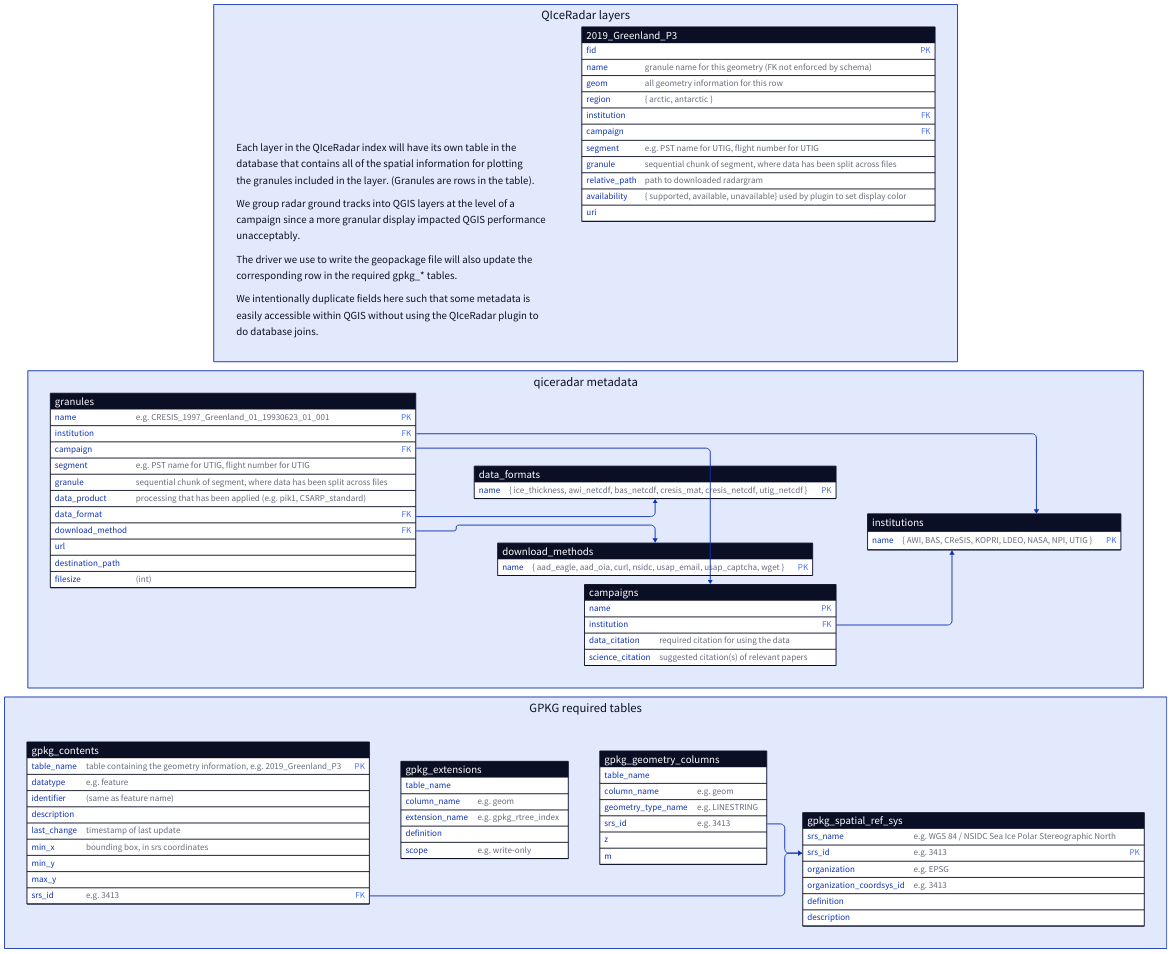
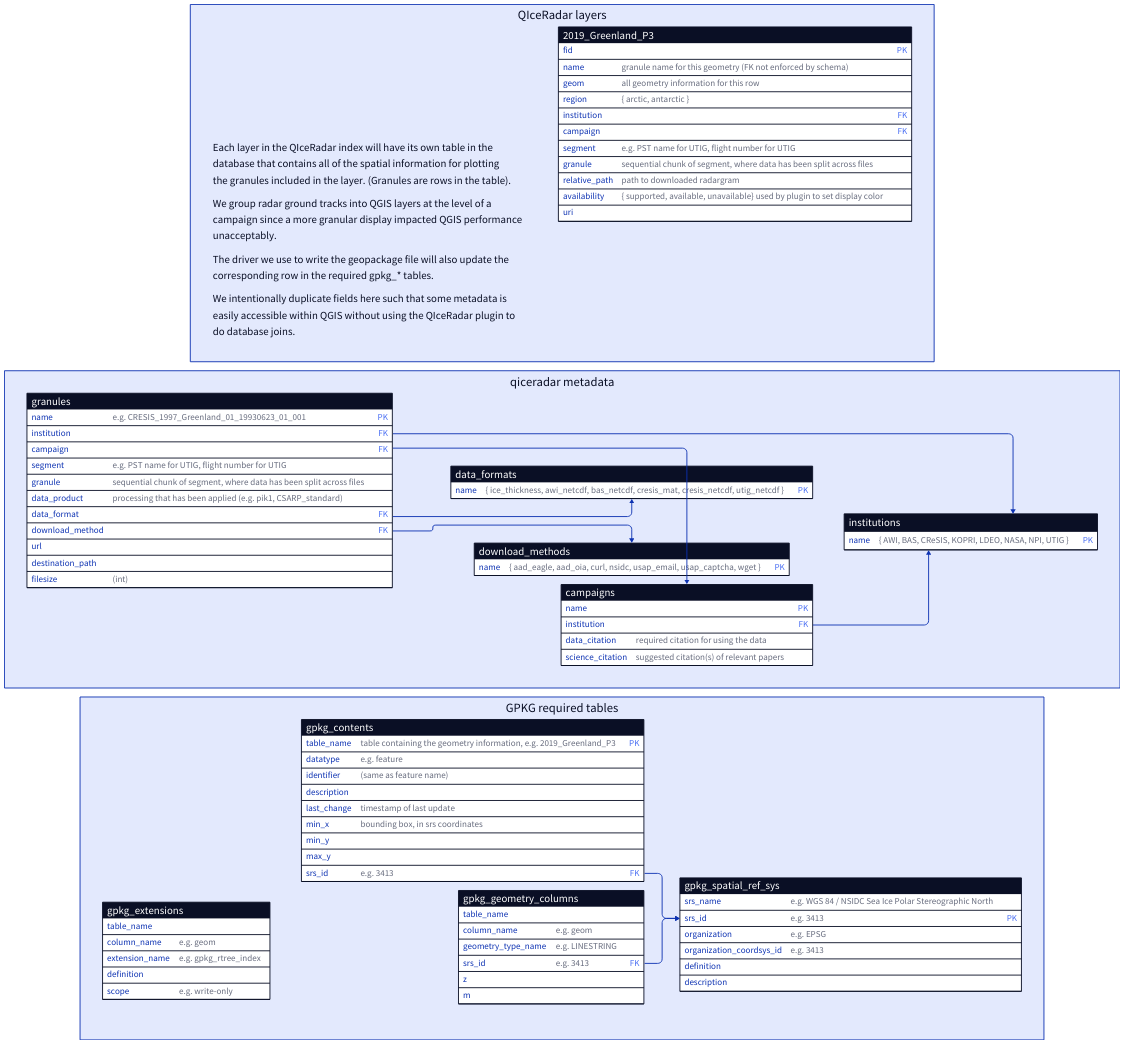
The diagram in docs/d2/schema.d2 (qiceradar/radar_wrangler), drawn with D2 before and after one commit. The commit also changed 1 other file, not shown here.

Commit message:
First draft of dataflow diagram

```diff
--- a/docs/d2/schema.d2
+++ b/docs/d2/schema.d2
@@ -1,146 +1,146 @@
 vars: {
   d2-config: {
     layout-engine: elk
   }
 }
 
 # The granule dependencies look better with "right" on default engine
 direction: right
 
 QIceRadar layers: {
   comments: {
     shape: text
     width: 100
     style.font-size: 24
 
     label: |md
       Each layer in the QIceRadar index will have its own table in the \
       database that contains all of the spatial information for plotting \
       the granules included in the layer. (Granules are rows in the table).
 
       We group radar ground tracks into QGIS layers at the level of a \
       campaign since a more granular display impacted QGIS performance \
       unacceptably.
 
       The driver we use to write the geopackage file will also update the \
       corresponding row in the required gpkg_* tables.
 
       We intentionally duplicate fields here such that some metadata is \
       easily accessible within QGIS without using the QIceRadar plugin to \
       do database joins.
     |
   }
 
   2019_Greenland_P3: {
     shape: sql_table
     fid: {constraint: primary_key}
     name: granule name for this geometry (FK not enforced by schema)
     geom: all geometry information for this row
     region: \{ arctic, antarctic \}
     institution: {constraint: foreign_key}
     campaign: {constraint: foreign_key}
     segment: e.g. PST name for UTIG, flight number for UTIG
     granule: sequential chunk of segment, where data has been split across files
     relative_path: path to downloaded radargram
     availability: \{ supported, available, unavailable\} used by plugin to set display color
     uri
   }
 
   # Force horizontal layout within container
   comments -- 2019_Greenland_P3: {style: {stroke-width: 0}}
 }
 
 qiceradar metadata: {
   data_formats: {
     shape: sql_table
     name: \{ ice_thickness, awi_netcdf, bas_netcdf, cresis_mat, cresis_netcdf, utig_netcdf \} {constraint: primary_key}
   }
 
   download_methods: {
     shape: sql_table
     name: \{ aad_eagle, aad_oia, curl, nsidc, usap_email, usap_captcha, wget \} {constraint: primary_key}
   }
 
   institutions: {
     shape: sql_table
     name: \{ AWI, BAS, CReSIS, KOPRI, LDEO, NASA, NPI, UTIG \} {constraint: primary_key}
   }
 
   campaigns: {
     shape: sql_table
     name: {constraint: primary_key}
     institution: {constraint: foreign_key}
     data_citation: required citation for using the data
     science_citation: suggested citation(s) of relevant papers
   }
   campaigns.institution -> institutions
 
   granules: {
     shape: sql_table
     name: e.g. CRESIS_1997_Greenland_01_19930623_01_001 {constraint: primary_key}
     institution: {constraint: foreign_key}
     campaign: {constraint: foreign_key}
     segment: e.g. PST name for UTIG, flight number for UTIG
     granule: sequential chunk of segment, where data has been split across files
     data_product: processing that has been applied (e.g. pik1, CSARP_standard)
     data_format: {constraint: foreign_key}
     download_method: {constraint: foreign_key}
     url
     destination_path
     filesize: (int)
   }
   granules.institution -> institutions
   granules.campaign -> campaigns
   granules.data_format -> data_formats
   granules.download_method -> download_methods
 }
 
 GPKG required tables: {
   gpkg_contents: {
     shape: sql_table
     table_name: table containing the geometry information, e.g. 2019_Greenland_P3 {constraint: primary_key}
     datatype: e.g. feature
     identifier: (same as feature name)
     description
     last_change: timestamp of last update
     min_x: bounding box, in srs coordinates
     min_y
     max_y
     max_y
     srs_id: e.g. 3413 {constraint: foreign_key}
   }
 
   gpkg_spatial_ref_sys: {
     shape: sql_table
     srs_name: e.g. WGS 84 / NSIDC Sea Ice Polar Stereographic North
     srs_id: e.g. 3413 {constraint: primary_key}
     organization: e.g. EPSG
     organization_coordsys_id: e.g. 3413
     definition
     description
   }
 
   gpkg_geometry_columns: {
     shape: sql_table
     table_name
     column_name: e.g. geom
     geometry_type_name: e.g. LINESTRING
-    srs_id: e.g. 3413
+    srs_id: e.g. 3413 {constraint: foreign_key}
     z
     m
   }
 
   gpkg_extensions: {
     shape: sql_table
     table_name
     column_name: e.g. geom
     extension_name: e.g. gpkg_rtree_index
     definition
     scope: e.g. write-only
   }
 
-  gpkg_contents -- gpkg_extensions: {style: {stroke-width: 0}}
+  #   gpkg_contents -- gpkg_extensions: {style: {stroke-width: 0}}
   gpkg_extensions -- gpkg_geometry_columns: {style: {stroke-width: 0}}
   gpkg_contents.srs_id -> gpkg_spatial_ref_sys.srs_id
   gpkg_geometry_columns.srs_id -> gpkg_spatial_ref_sys.srs_id
 }
```
